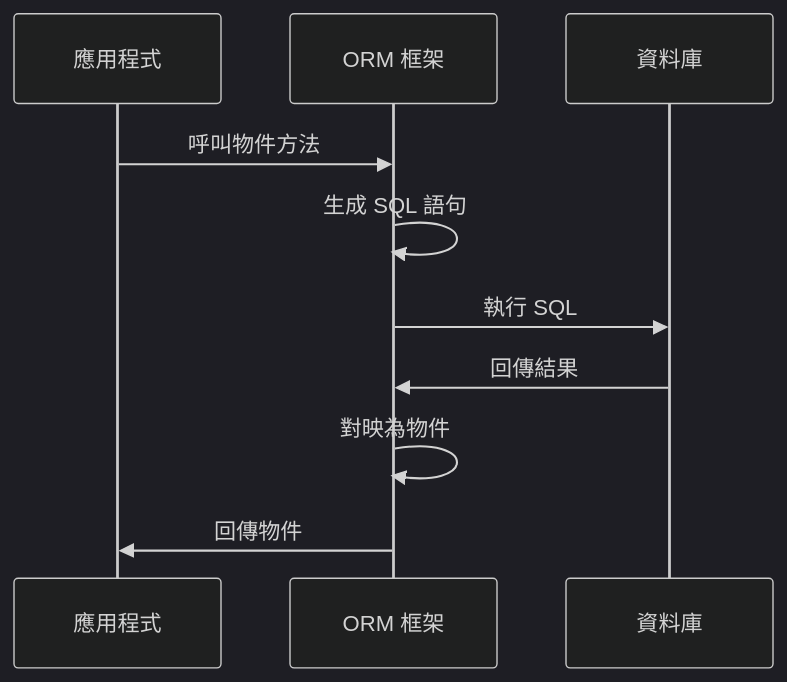
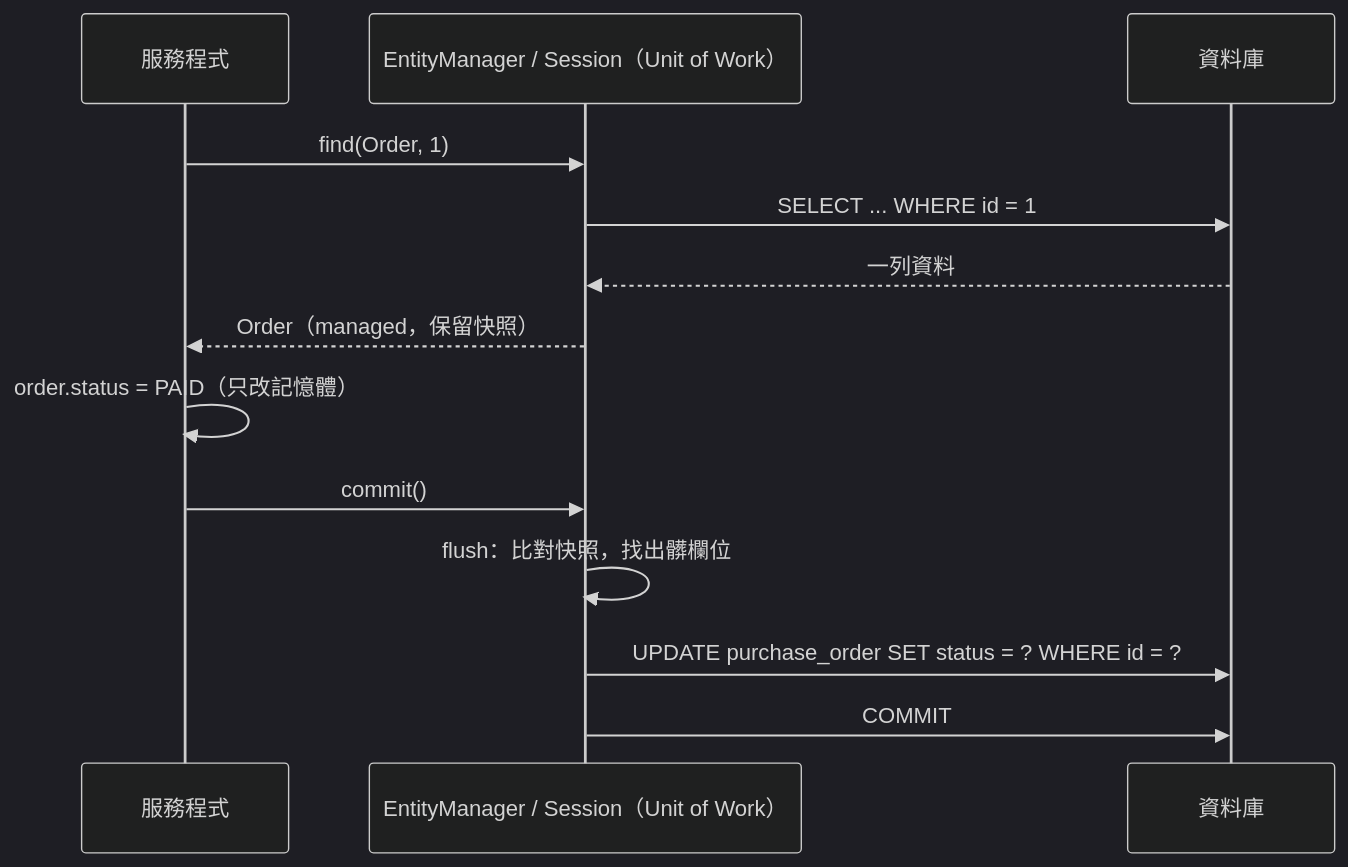
The fourth of 13 diagrams in content/posts/教學/分析與設計/Object-Relational Mapping (ORM) 物件關聯對映教學.md (chihhung/Blog), drawn with Mermaid (dark theme) before and after one commit. The commit also changed other lines of this file and 2 other files, not shown here.

Commit message:
docs: Refactoring and ORM doc update

````diff
--- a/content/posts/教學/分析與設計/Object-Relational Mapping (ORM) 物件關聯對映教學.md
+++ b/content/posts/教學/分析與設計/Object-Relational Mapping (ORM) 物件關聯對映教學.md
@@ -171,13 +453,15 @@
 ```mermaid
 sequenceDiagram
-    participant App as 應用程式
-    participant ORM as ORM 框架
+    participant S as 服務程式
+    participant UoW as EntityManager / Session（Unit of Work）
     participant DB as 資料庫
-    
-    App->>ORM: 呼叫物件方法
-    ORM->>ORM: 生成 SQL 語句
-    ORM->>DB: 執行 SQL
-    DB->>ORM: 回傳結果
-    ORM->>ORM: 對映為物件
-    ORM->>App: 回傳物件
+    S->>UoW: find(Order, 1)
+    UoW->>DB: SELECT ... WHERE id = 1
+    DB-->>UoW: 一列資料
+    UoW-->>S: Order（managed，保留快照）
+    S->>S: order.status = PAID（只改記憶體）
+    S->>UoW: commit()
+    UoW->>UoW: flush：比對快照，找出髒欄位
+    UoW->>DB: UPDATE purchase_order SET status = ? WHERE id = ?
+    UoW->>DB: COMMIT
 ```
````
